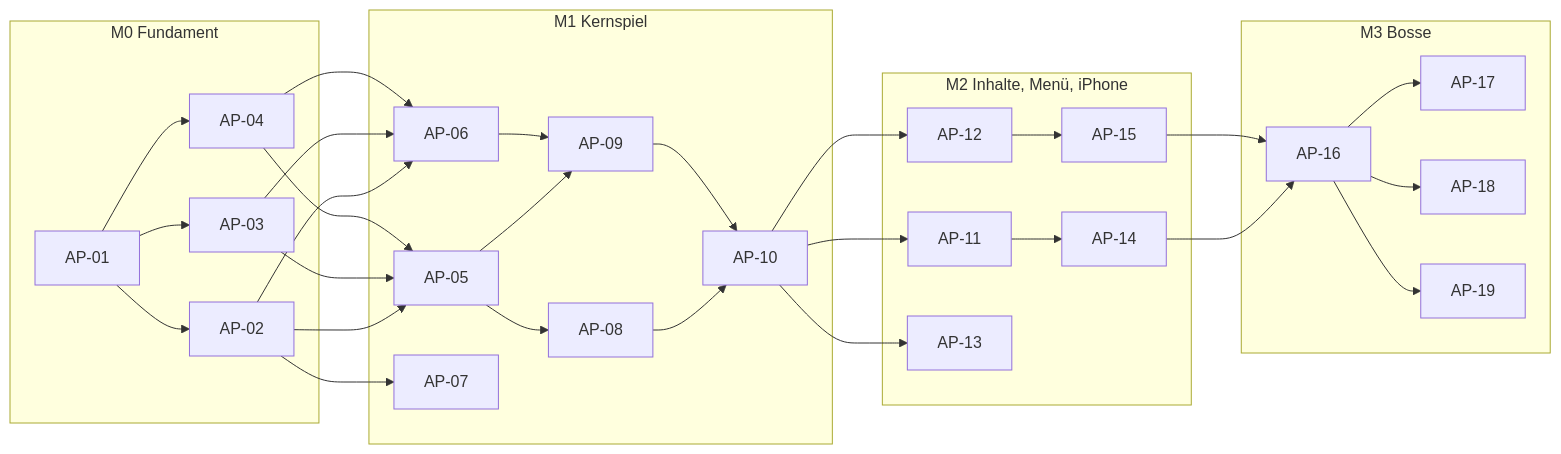
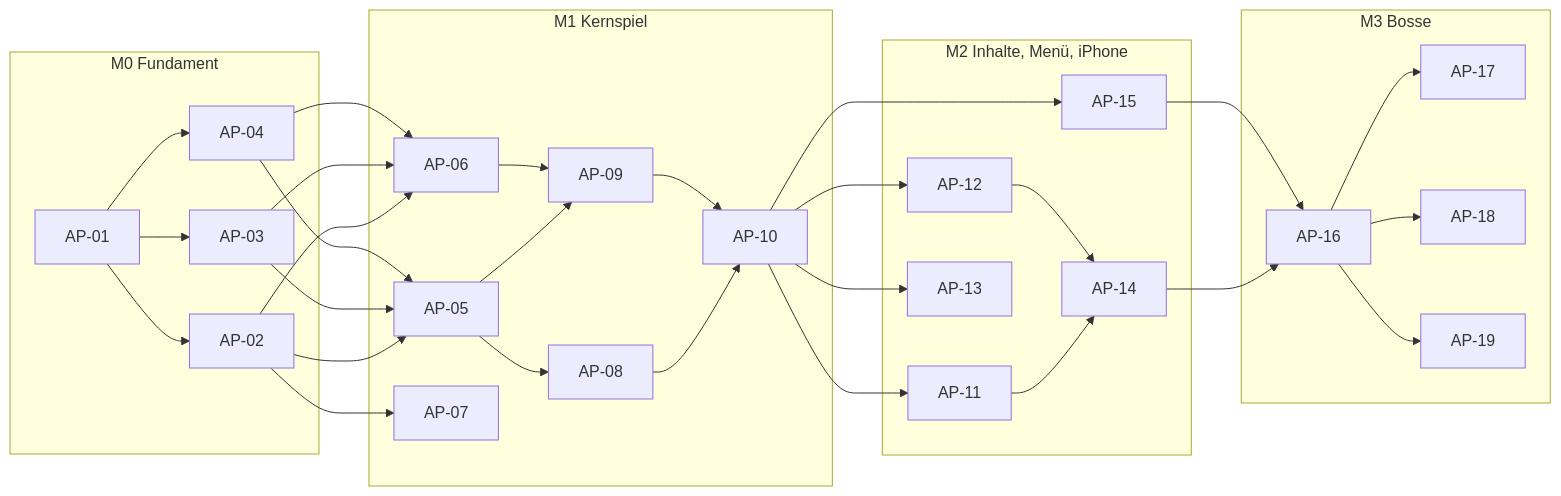
The third of 3 diagrams in docs/masterBuildPlan.md (CemDCoding/360shooter), drawn with Mermaid before and after one commit. The commit also changed other lines of this file, not shown here.

````diff
--- a/docs/masterBuildPlan.md
+++ b/docs/masterBuildPlan.md
@@ -549,24 +563,25 @@
 ```mermaid
 flowchart LR
   subgraph M0["M0 Fundament"]
     AP01["AP-01"] --> AP02["AP-02"] & AP03["AP-03"] & AP04["AP-04"]
   end
   subgraph M1["M1 Kernspiel"]
     AP05["AP-05"] --> AP08["AP-08"] & AP09["AP-09"]
     AP06["AP-06"] --> AP09
     AP08 & AP09 --> AP10["AP-10"]
     AP07["AP-07"]
   end
   subgraph M2["M2 Inhalte, Menü, iPhone"]
     AP11["AP-11"] --> AP14["AP-14"]
-    AP12["AP-12"] --> AP15["AP-15"]
+    AP12["AP-12"] --> AP14
     AP13["AP-13"]
+    AP15["AP-15"]
   end
   subgraph M3["M3 Bosse"]
     AP16["AP-16"] --> AP17["AP-17"] & AP18["AP-18"] & AP19["AP-19"]
   end
   AP02 & AP03 & AP04 --> AP05 & AP06
   AP02 --> AP07
-  AP10 --> AP11 & AP12 & AP13
+  AP10 --> AP11 & AP12 & AP13 & AP15
   AP14 & AP15 --> AP16
 ```
````
